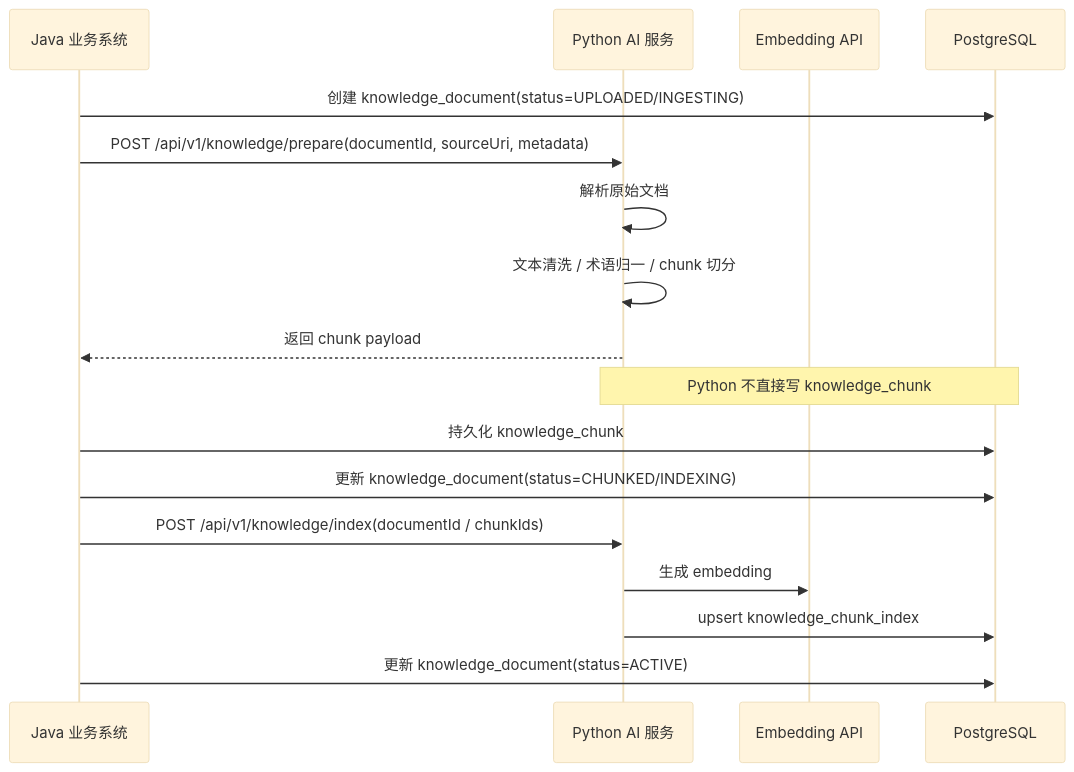
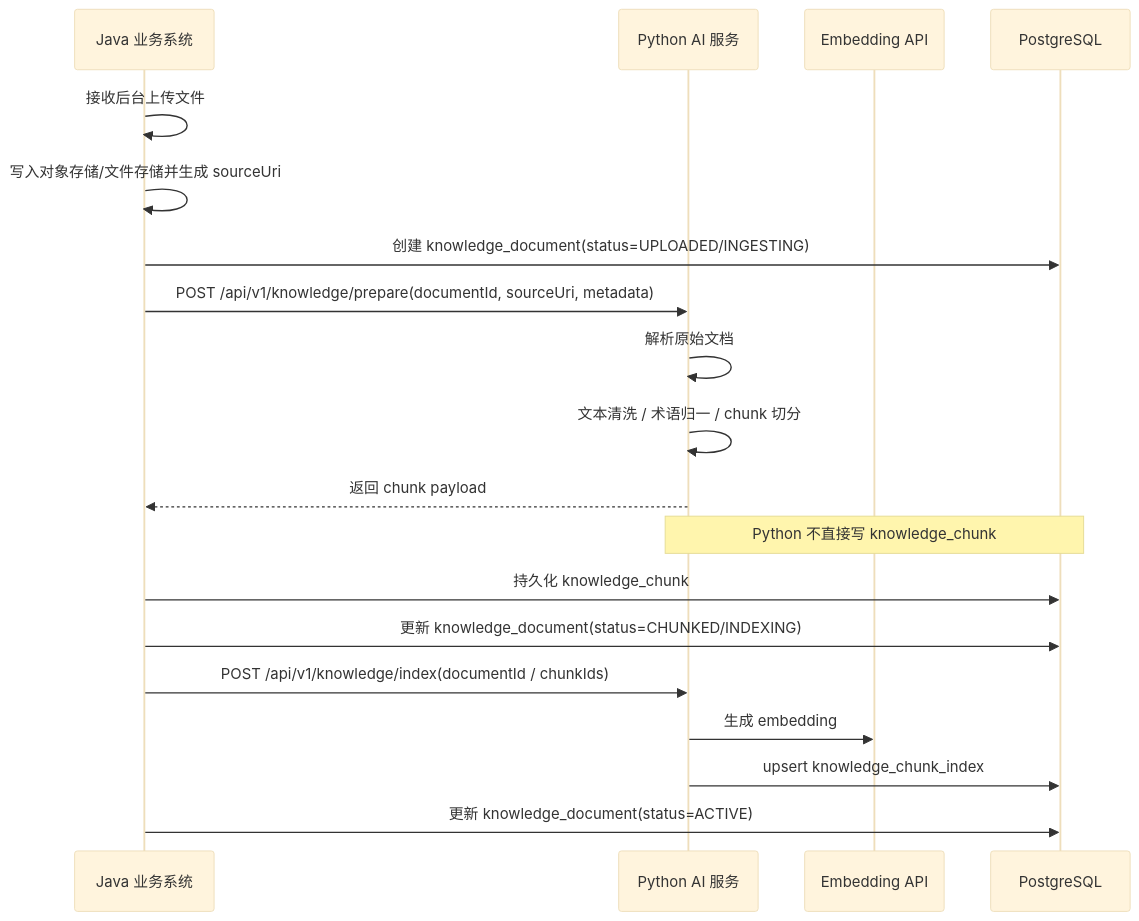
The second of 2 diagrams in docs/20-RAG_DATABASE_PGVECTOR_DESIGN.md (JianwenShaw/MediAskDocs), drawn with Mermaid (base theme) before and after one commit. The commit also changed other lines of this file and 4 other files, not shown here.

````diff
--- a/docs/20-RAG_DATABASE_PGVECTOR_DESIGN.md
+++ b/docs/20-RAG_DATABASE_PGVECTOR_DESIGN.md
@@ -368,20 +368,22 @@
 ```mermaid
 sequenceDiagram
     participant J as Java 业务系统
     participant P as Python AI 服务
     participant E as Embedding API
     participant PG as PostgreSQL
 
+    J->>J: 接收后台上传文件
+    J->>J: 写入对象存储/文件存储并生成 sourceUri
     J->>PG: 创建 knowledge_document(status=UPLOADED/INGESTING)
     J->>P: POST /api/v1/knowledge/prepare(documentId, sourceUri, metadata)
     P->>P: 解析原始文档
     P->>P: 文本清洗 / 术语归一 / chunk 切分
     P-->>J: 返回 chunk payload
     Note over P,PG: Python 不直接写 knowledge_chunk
     J->>PG: 持久化 knowledge_chunk
     J->>PG: 更新 knowledge_document(status=CHUNKED/INDEXING)
     J->>P: POST /api/v1/knowledge/index(documentId / chunkIds)
     P->>E: 生成 embedding
     P->>PG: upsert knowledge_chunk_index
     J->>PG: 更新 knowledge_document(status=ACTIVE)
 ```
````
